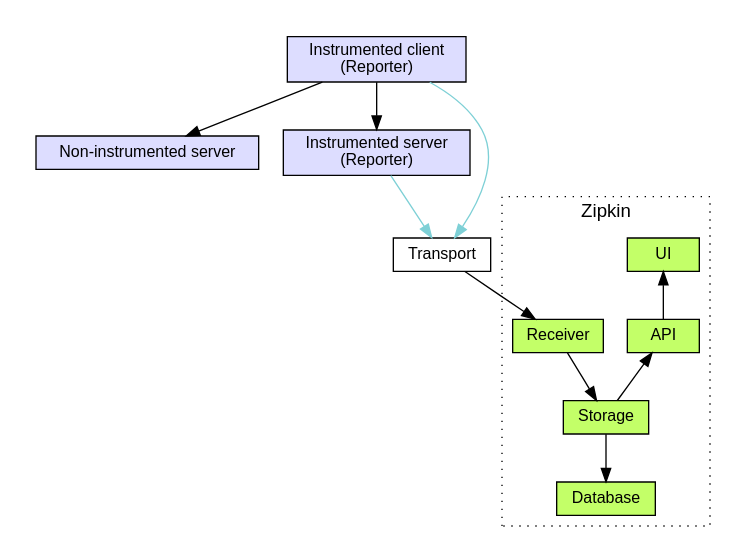
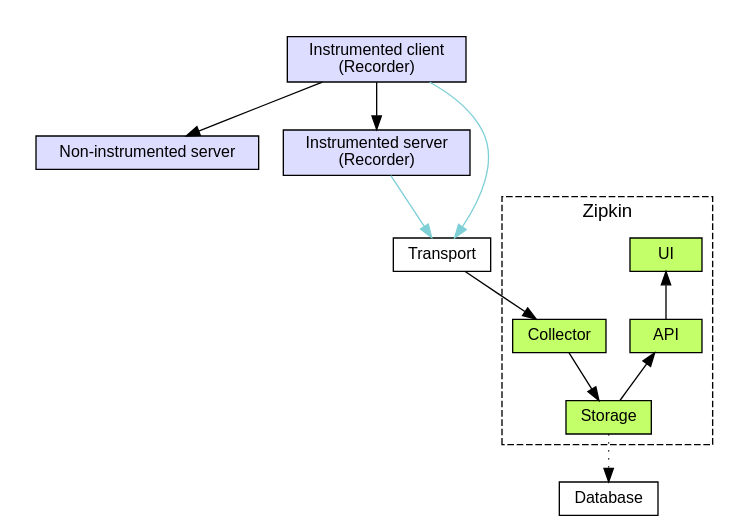
One commit to jplock/openzipkin.github.io changed the diagram in graphs/architecture/source.dot. Above: the diagram before and after it, drawn with Graphviz. The commit also changed 1 other file, not shown here.

Commit message:
Updating graph according to latest discussion on #23

```diff
--- a/graphs/architecture/source.dot
+++ b/graphs/architecture/source.dot
@@ -1,41 +1,42 @@
 digraph Architecture {
   node[fontsize=12, height=0.35, fontname=Helvetica, shape=rect];
   fontname=Helvetica;
 
   subgraph cluster_your_app {
     color=white;
     node[fillcolor="#DDDDFF", style=filled];
 
-    client[label="Instrumented client\n(Reporter)"];
+    client[label="Instrumented client\n(Recorder)"];
     uninstrumented_server[label="Non-instrumented server"];
-    instrumented_server[label="Instrumented server\n(Reporter)"];
+    instrumented_server[label="Instrumented server\n(Recorder)"];
 
     client -> instrumented_server;
     client -> uninstrumented_server;
   }
 
   transport [label=Transport];
   
   subgraph cluster_zipkin {
     label=Zipkin;
-    style=dotted;
+    style=dashed;
     node[fillcolor="#C3FF68", style=filled];
 
-    receiver[label=Receiver];
+    colelctor[label=Collector];
     storage[label=Storage];
-	database[label=Database];
     api[label=API];
     ui[label=UI];
 
-    receiver -> storage;
-	storage -> database;
+    colelctor -> storage;
     
 	api -> storage [dir=back];
 	ui -> api [dir=back];
   }
 
+  database[label=Database];
+  storage -> database [style=dotted];
+
   instrumented_server -> transport [color="#7ED0D6"];
   client -> transport [color="#7ED0D6"];
-  transport -> receiver;
+  transport -> colelctor;
 
 }
```
